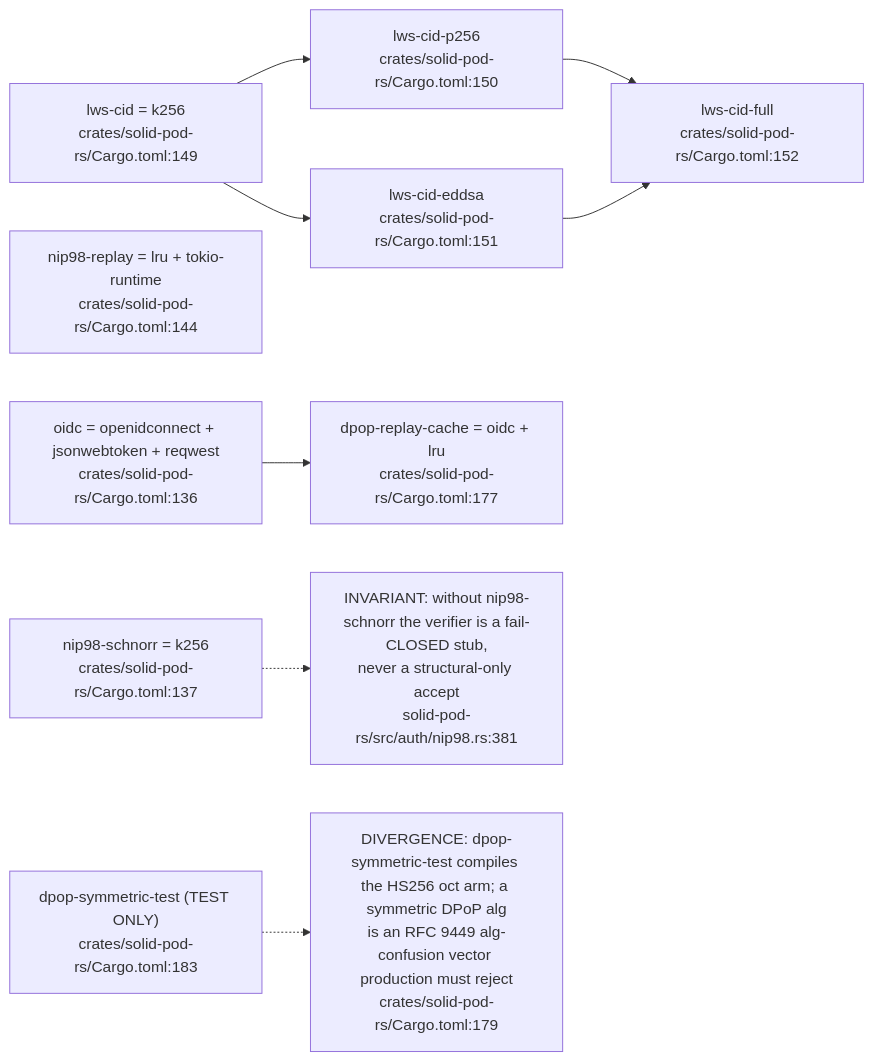
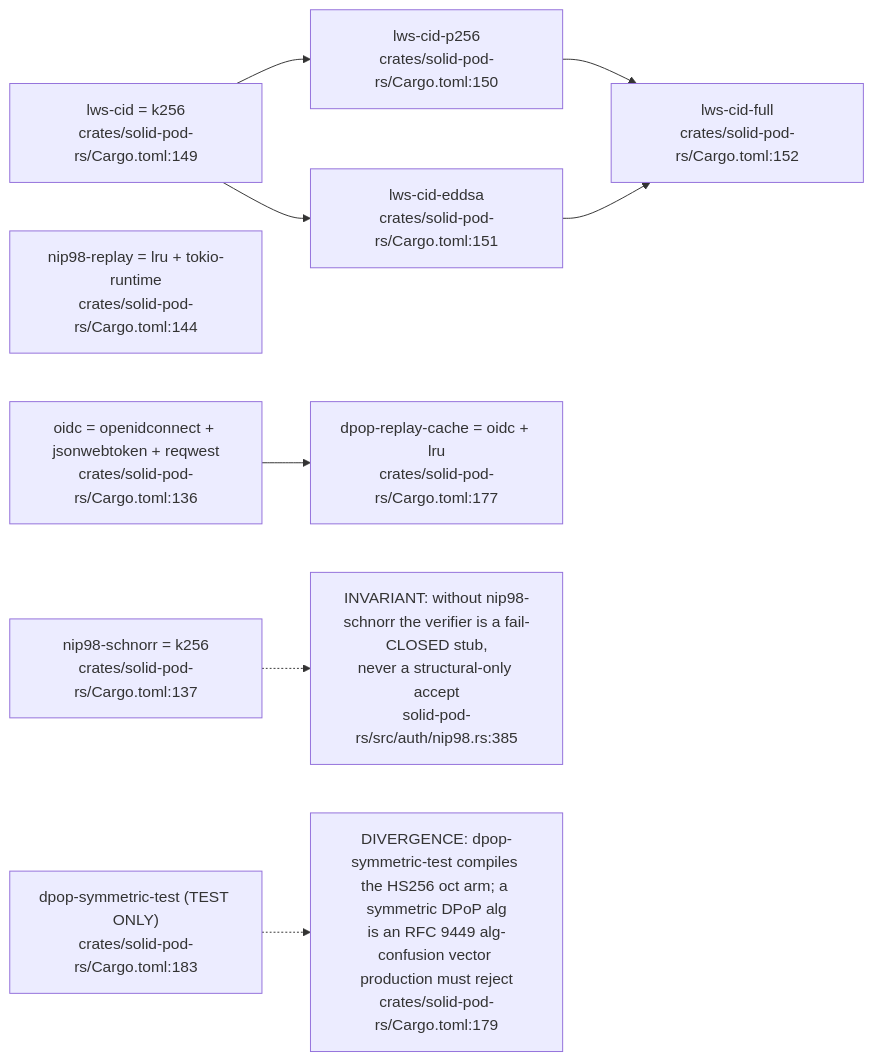
The fourth of 12 diagrams in docs/diagrams/solid-pod-rs/01-workspace-composition.md (DreamLab-AI/VisionFlow), drawn with Mermaid before and after one commit. The commit also changed other lines of this file and 59 other files, not shown here.

First line of the commit message:
docs(diagrams): re-derive and re-stamp forum, website, pod, ontomark and sealmap topics

````diff
--- a/docs/diagrams/solid-pod-rs/01-workspace-composition.md
+++ b/docs/diagrams/solid-pod-rs/01-workspace-composition.md
@@ -142,23 +142,23 @@
 ```mermaid
 flowchart LR
     NIP98S["nip98-schnorr = k256<br/>crates/solid-pod-rs/Cargo.toml:137"]
     NIP98R["nip98-replay = lru + tokio-runtime<br/>crates/solid-pod-rs/Cargo.toml:144"]
     LWS["lws-cid = k256<br/>crates/solid-pod-rs/Cargo.toml:149"]
     LWSP["lws-cid-p256<br/>crates/solid-pod-rs/Cargo.toml:150"]
     LWSE["lws-cid-eddsa<br/>crates/solid-pod-rs/Cargo.toml:151"]
     LWSF["lws-cid-full<br/>crates/solid-pod-rs/Cargo.toml:152"]
     OIDCF["oidc = openidconnect + jsonwebtoken + reqwest<br/>crates/solid-pod-rs/Cargo.toml:136"]
     DPOPR["dpop-replay-cache = oidc + lru<br/>crates/solid-pod-rs/Cargo.toml:177"]
     DPOPT["dpop-symmetric-test (TEST ONLY)<br/>crates/solid-pod-rs/Cargo.toml:183"]
 
     LWS --> LWSP
     LWS --> LWSE
     LWSP --> LWSF
     LWSE --> LWSF
     OIDCF --> DPOPR
 
-    G1["INVARIANT: without nip98-schnorr the verifier is a fail-CLOSED stub,<br/>never a structural-only accept<br/>solid-pod-rs/src/auth/nip98.rs:381"]
+    G1["INVARIANT: without nip98-schnorr the verifier is a fail-CLOSED stub,<br/>never a structural-only accept<br/>solid-pod-rs/src/auth/nip98.rs:385"]
     NIP98S -.-> G1
     G2["DIVERGENCE: dpop-symmetric-test compiles the HS256 oct arm; a symmetric DPoP alg<br/>is an RFC 9449 alg-confusion vector production must reject<br/>crates/solid-pod-rs/Cargo.toml:179"]
     DPOPT -.-> G2
 ```
````
